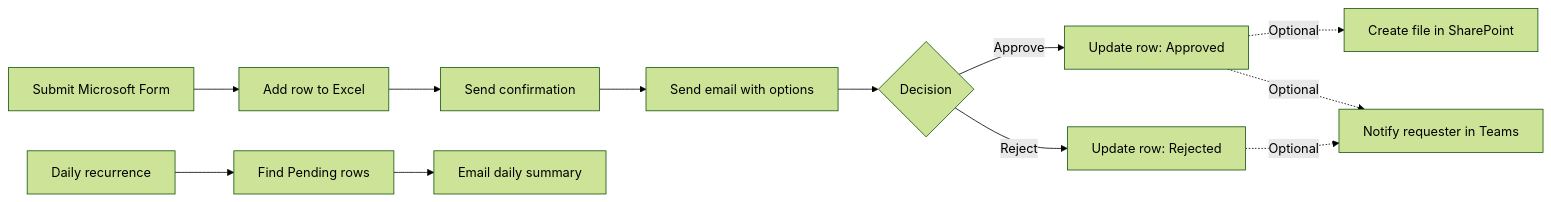
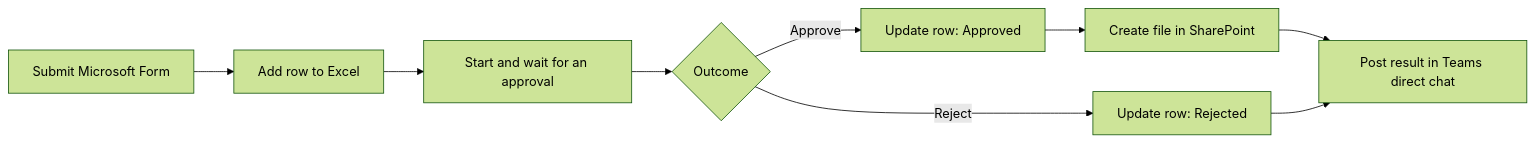
Before and after one commit to teerasej/cpall-gosoft-power-automate-2026: the diagram in README.md, drawn with Mermaid (forest theme). The commit also changed other lines of this file and 11 other files, not shown here.

````diff
--- a/README.md
+++ b/README.md
@@ -62,14 +74,11 @@
 ```mermaid
 flowchart LR
     A["Submit Microsoft Form"] --> B["Add row to Excel"]
-    B --> C["Send confirmation"]
-    C --> D["Send email with options"]
-    D --> E{"Decision"}
-    E -->|Approve| F["Update row: Approved"]
-    E -->|Reject| G["Update row: Rejected"]
-    F -. Optional .-> K["Create file in SharePoint"]
-    F -. Optional .-> L["Notify requester in Teams"]
-    G -. Optional .-> L
-    H["Daily recurrence"] --> I["Find Pending rows"]
-    I --> J["Email daily summary"]
+    B --> C["Start and wait for an approval"]
+    C --> D{"Outcome"}
+    D -->|Approve| E["Update row: Approved"]
+    D -->|Reject| F["Update row: Rejected"]
+    E --> G["Create file in SharePoint"]
+    G --> H["Post result in Teams direct chat"]
+    F --> H
 ```
````
